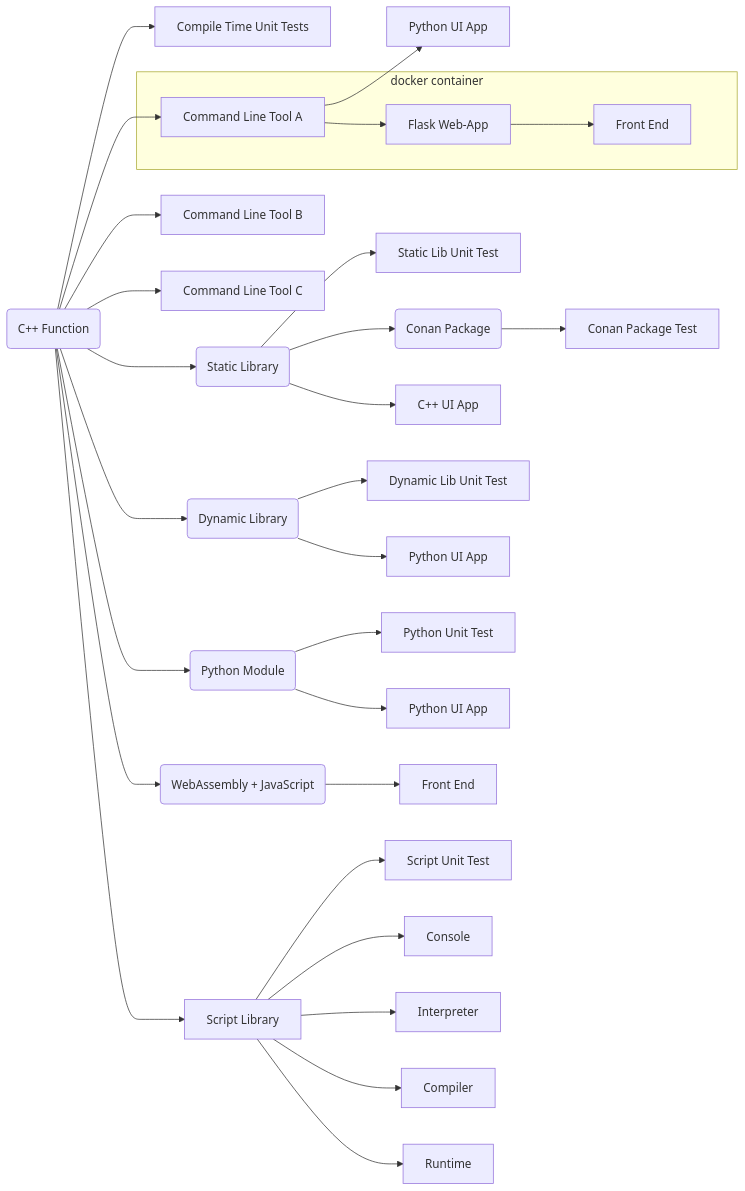
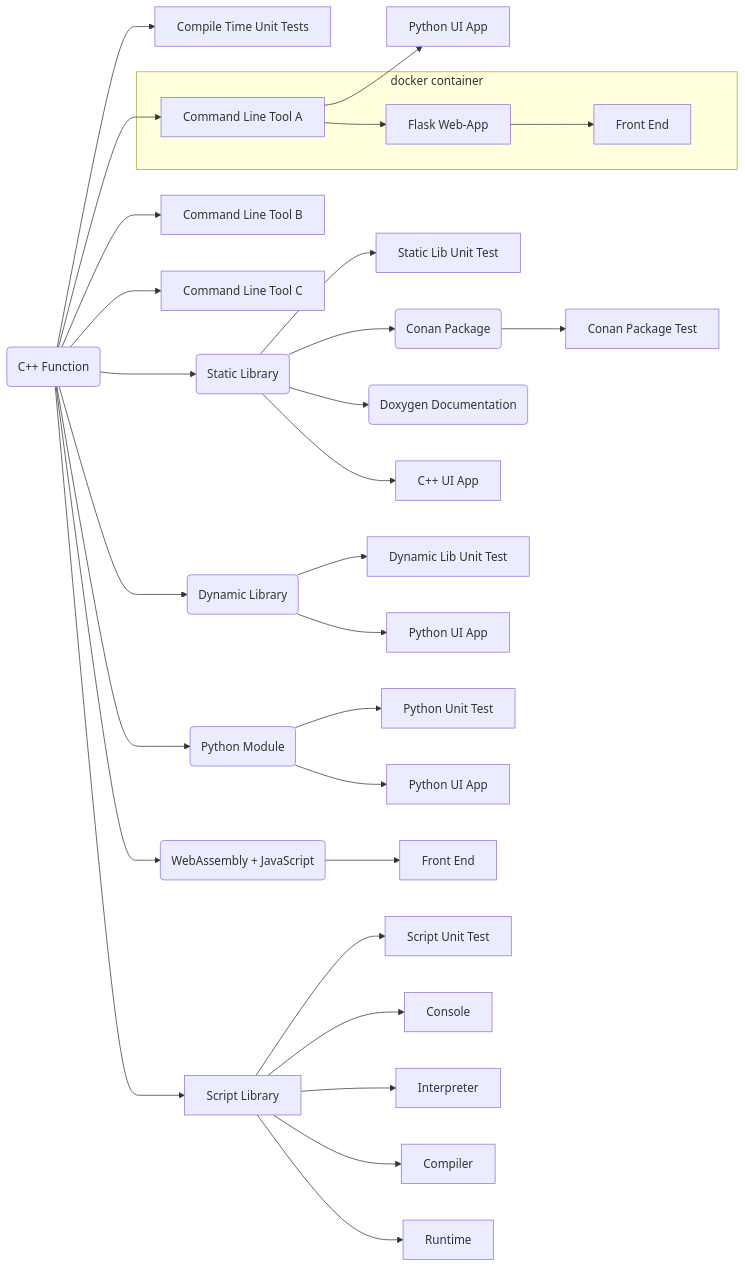
The diagram in README.md (SebastianBach/full-stack), drawn with Mermaid before and after one commit. The commit also changed other lines of this file and 7 other files, not shown here.

Commit message:
doxygen documentation for static lib

````diff
--- a/README.md
+++ b/README.md
@@ -39,46 +39,47 @@
 ```mermaid
   flowchart LR;
 
     F(C++ Function) --> CUT[Compile Time Unit Tests];
 
     F --> CLI1[Command Line Tool A]
     F --> CLI2[Command Line Tool B]
     F --> CLI3[Command Line Tool C]
 
     CLI1 --> PYAPP2[Python UI App]
 
     F --> LIB(Static Library)
 
     LIB --> LIBTEST[Static Lib Unit Test]
     LIB --> C(Conan Package)
+    LIB --> DOXYGEN(Doxygen Documentation)
 
     LIB --> QTCPP[C++ UI App]
 
     F --> DLL(Dynamic Library)
     DLL --> DLLTEST[Dynamic Lib Unit Test]
     DLL --> QTPYDLL[Python UI App]
 
     C --> CT[Conan Package Test]
 
     F --> PY(Python Module)
 
     subgraph docker container
     CLI1 --> SERVER[Flask Web-App]
     SERVER --> FRONT[Front End]
     end
 
     PY --> PYTEST[Python Unit Test]
     PY --> PYAPP[Python UI App]
 
     F --> WASM(WebAssembly + JavaScript)
 
     WASM --> WASMF[Front End]
 
     F --> SCRIPTLIB[Script Library]
 
     SCRIPTLIB --> SCRIPT_TEST[Script Unit Test]
     SCRIPTLIB --> SCRIPT_CONSOLE[Console]
     SCRIPTLIB --> SCRIPT_INTERPRETER[Interpreter]
     SCRIPTLIB --> SCRIPT_COMPILER[Compiler]
     SCRIPTLIB --> SCRIPT_RUNTIME[Runtime]
 ```
````
